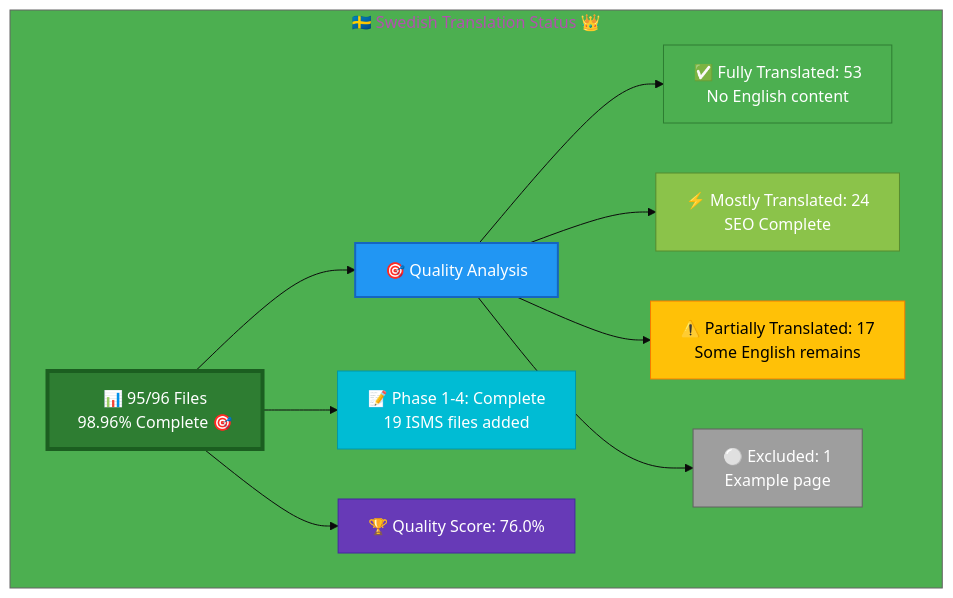
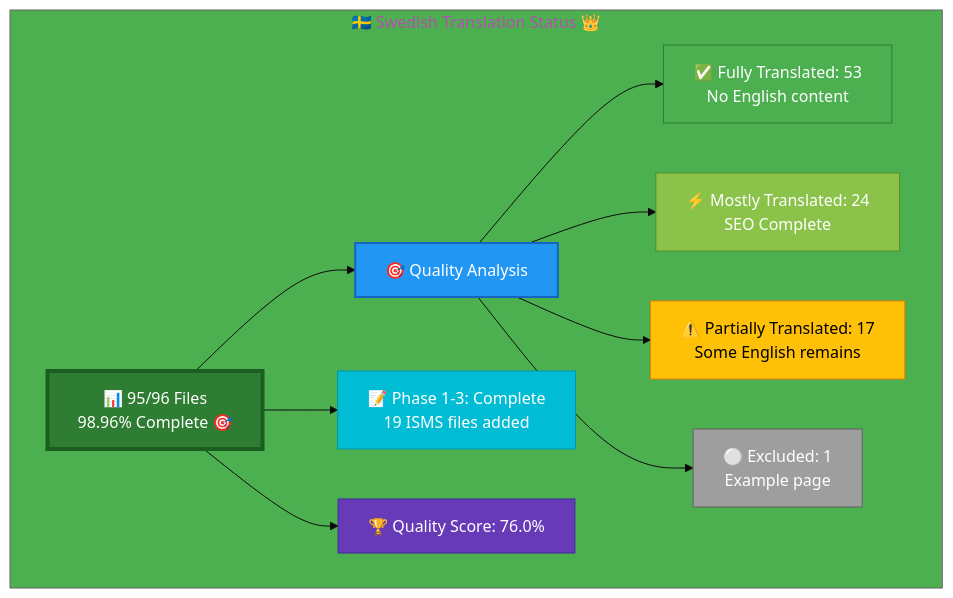
The diagram in Swedish-Translation-Status.md (Hack23/homepage), drawn with Mermaid before and after one commit. The commit also changed other lines of this file and 1 other file, not shown here.

Commit message:
Fix Phase numbering consistency: change Phase 1-4 to Phase 1-3 and clarify quality score formula

````diff
--- a/Swedish-Translation-Status.md
+++ b/Swedish-Translation-Status.md
@@ -13,26 +13,26 @@
 ```mermaid
 %%{init: {'theme':'base', 'themeVariables': {'primaryColor':'#2E7D32','secondaryColor':'#2196F3','tertiaryColor':'#4CAF50','fontSize':'16px'}}}%%
 graph TB
     subgraph "🇸🇪 Swedish Translation Status 👑"
         A["📊 95/96 Files<br/>98.96% Complete 🎯"]
         
         A --> B["🎯 Quality Analysis"]
         B --> C["✅ Fully Translated: 53<br/>No English content"]
         B --> D["⚡ Mostly Translated: 24<br/>SEO Complete"]
         B --> E["⚠️  Partially Translated: 17<br/>Some English remains"]
         B --> F["⚪ Excluded: 1<br/>Example page"]
         
-        A --> G["📝 Phase 1-4: Complete<br/>19 ISMS files added"]
+        A --> G["📝 Phase 1-3: Complete<br/>19 ISMS files added"]
         
         A --> H["🏆 Quality Score: 76.0%"]
         
         style A fill:#2E7D32,stroke:#1B5E20,color:#fff,stroke-width:4px
         style B fill:#2196F3,stroke:#1565C0,color:#fff,stroke-width:2px
         style C fill:#4CAF50,stroke:#2E7D32,color:#fff
         style D fill:#8BC34A,stroke:#558B2F,color:#fff
         style E fill:#FFC107,stroke:#F57C00,color:#000
         style F fill:#9E9E9E,stroke:#616161,color:#fff
         style G fill:#00BCD4,stroke:#0097A7,color:#fff
         style H fill:#673AB7,stroke:#4527A0,color:#fff
     end
 ```
````
